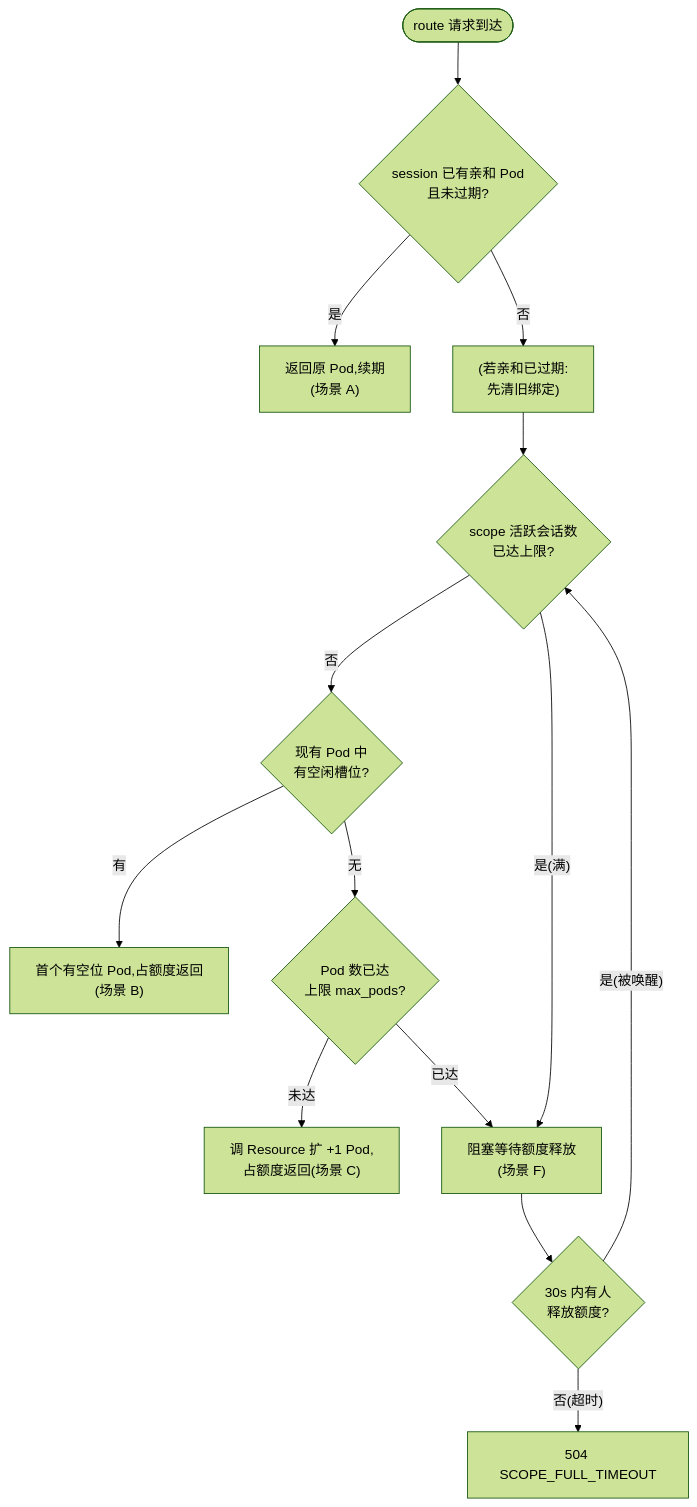
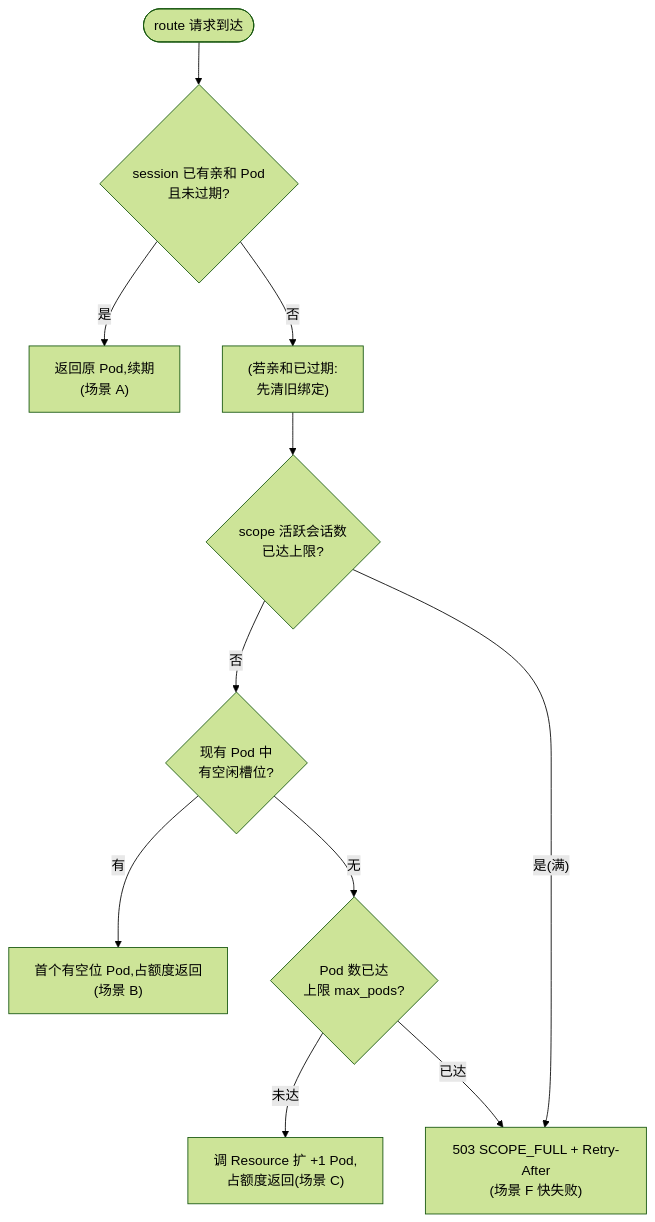
One commit to openJiuwen-ai/agent-runtime changed the second of 21 diagrams in applications/agent_runtime/docs/design/Agent-Runtime-HLD.md. Above: the diagram before and after it, drawn with Mermaid (forest theme). The commit also changed other lines of this file and 35 other files, not shown here.

First line of the commit message:
feat(session-manager): 场景 F 快失败——拆除有界等待队列,scope 满立即 503 SCOPE_FULL

````diff
--- a/applications/agent_runtime/docs/design/Agent-Runtime-HLD.md
+++ b/applications/agent_runtime/docs/design/Agent-Runtime-HLD.md
@@ -501,28 +501,23 @@
 ```mermaid
 flowchart TD
     S([route 请求到达])
     A1{"session 已有亲和 Pod<br/>且未过期?"}
     CLR["(若亲和已过期:<br/>先清旧绑定)"]
     A2{"scope 活跃会话数<br/>已达上限?"}
     A3{"现有 Pod 中<br/>有空闲槽位?"}
     A4{"Pod 数已达<br/>上限 max_pods?"}
-    W{"30s 内有人<br/>释放额度?"}
     RA["返回原 Pod,续期<br/>(场景 A)"]
     RB["首个有空位 Pod,占额度返回<br/>(场景 B)"]
     RC["调 Resource 扩 +1 Pod,<br/>占额度返回(场景 C)"]
-    RF["阻塞等待额度释放<br/>(场景 F)"]
-    R504["504 SCOPE_FULL_TIMEOUT"]
+    R503["503 SCOPE_FULL + Retry-After<br/>(场景 F 快失败)"]
 
     S --> A1
     A1 -- 是 --> RA
     A1 -- 否 --> CLR --> A2
     A2 -- 否 --> A3
-    A2 -- 是(满) --> RF
+    A2 -- 是(满) --> R503
     A3 -- 有 --> RB
     A3 -- 无 --> A4
     A4 -- 未达 --> RC
-    A4 -- 已达 --> RF
-    RF --> W
-    W -- 是(被唤醒) --> A2
-    W -- 否(超时) --> R504
+    A4 -- 已达 --> R503
 ```
````
